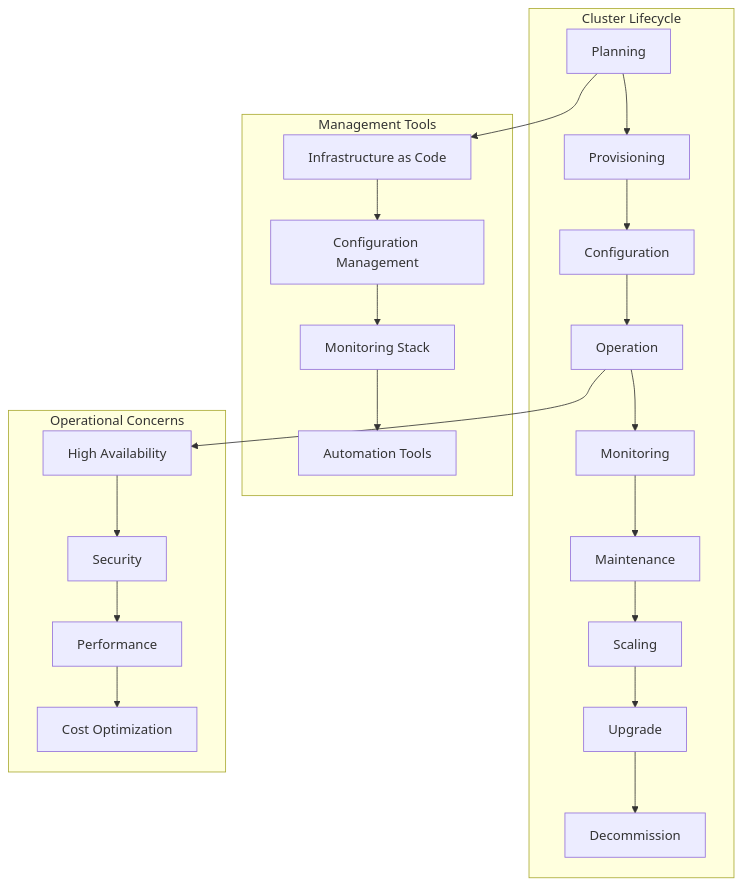
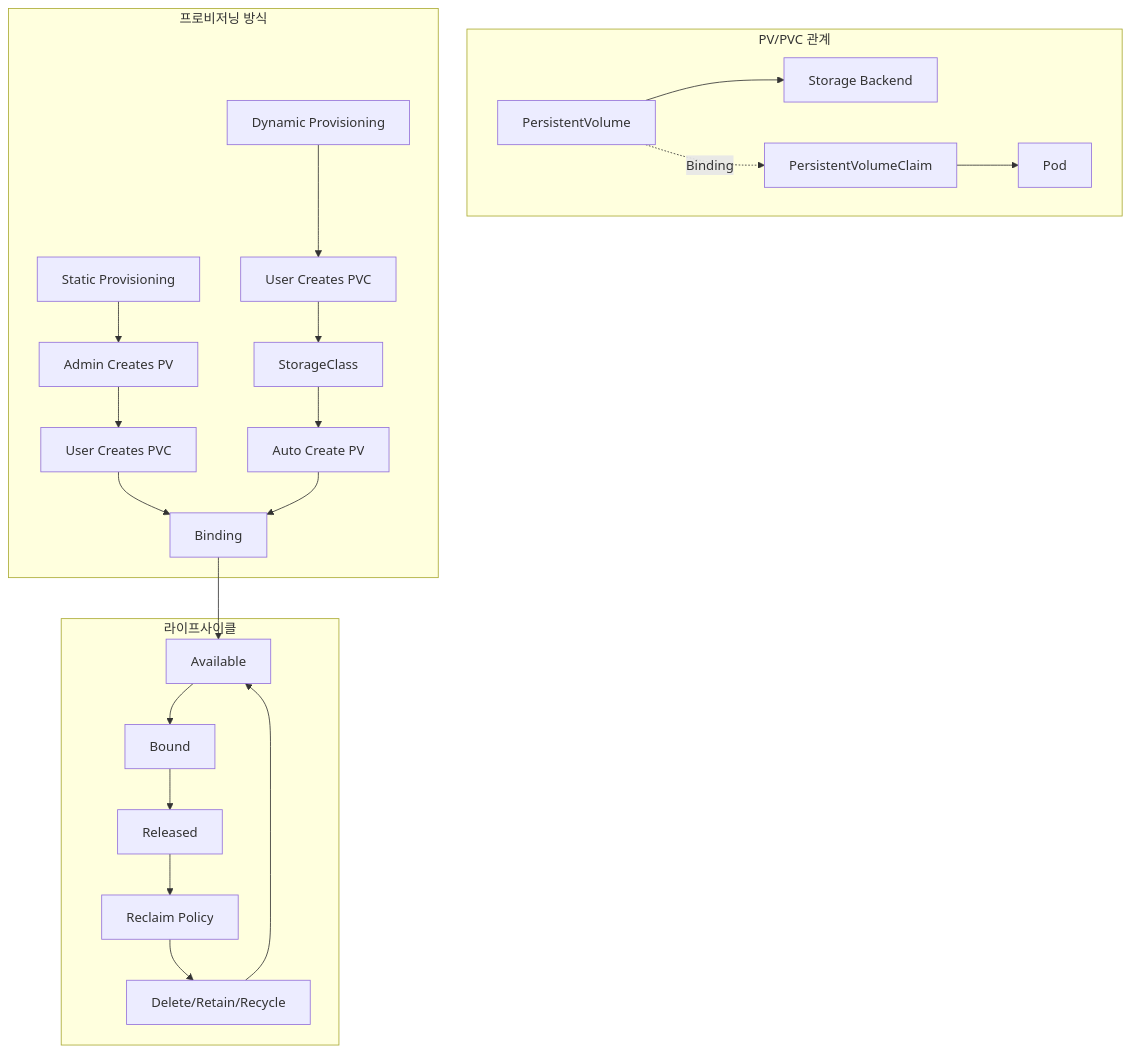
One commit to niceguy61/kdt_devops_lecture_2025 changed the second of 4 diagrams in week_02/day_04/session_01.md. Above: the diagram before and after it, drawn with Mermaid. The commit also changed other lines of this file and 38 other files, not shown here.

````diff
--- a/week_02/day_04/session_01.md
+++ b/week_02/day_04/session_01.md
@@ -15,28 +156,29 @@
 ```mermaid
 graph TB
-    subgraph "Cluster Lifecycle"
-        A[Planning] --> B[Provisioning]
-        B --> C[Configuration]
-        C --> D[Operation]
-        D --> E[Monitoring]
-        E --> F[Maintenance]
-        F --> G[Scaling]
-        G --> H[Upgrade]
-        H --> I[Decommission]
+    subgraph "PV/PVC 관계"
+        A[PersistentVolume] --> B[Storage Backend]
+        C[PersistentVolumeClaim] --> D[Pod]
+        A -.->|Binding| C
     end
     
-    subgraph "Management Tools"
-        J[Infrastructure as Code] --> K[Configuration Management]
-        K --> L[Monitoring Stack]
-        L --> M[Automation Tools]
+    subgraph "프로비저닝 방식"
+        E[Static Provisioning] --> F[Admin Creates PV]
+        F --> G[User Creates PVC]
+        G --> H[Binding]
+        
+        I[Dynamic Provisioning] --> J[User Creates PVC]
+        J --> K[StorageClass]
+        K --> L[Auto Create PV]
+        L --> H
     end
     
-    subgraph "Operational Concerns"
-        N[High Availability] --> O[Security]
-        O --> P[Performance]
-        P --> Q[Cost Optimization]
+    subgraph "라이프사이클"
+        M[Available] --> N[Bound]
+        N --> O[Released]
+        O --> P[Reclaim Policy]
+        P --> Q[Delete/Retain/Recycle]
     end
     
-    A --> J
-    D --> N
+    H --> M
+    Q --> M
 ```
````
